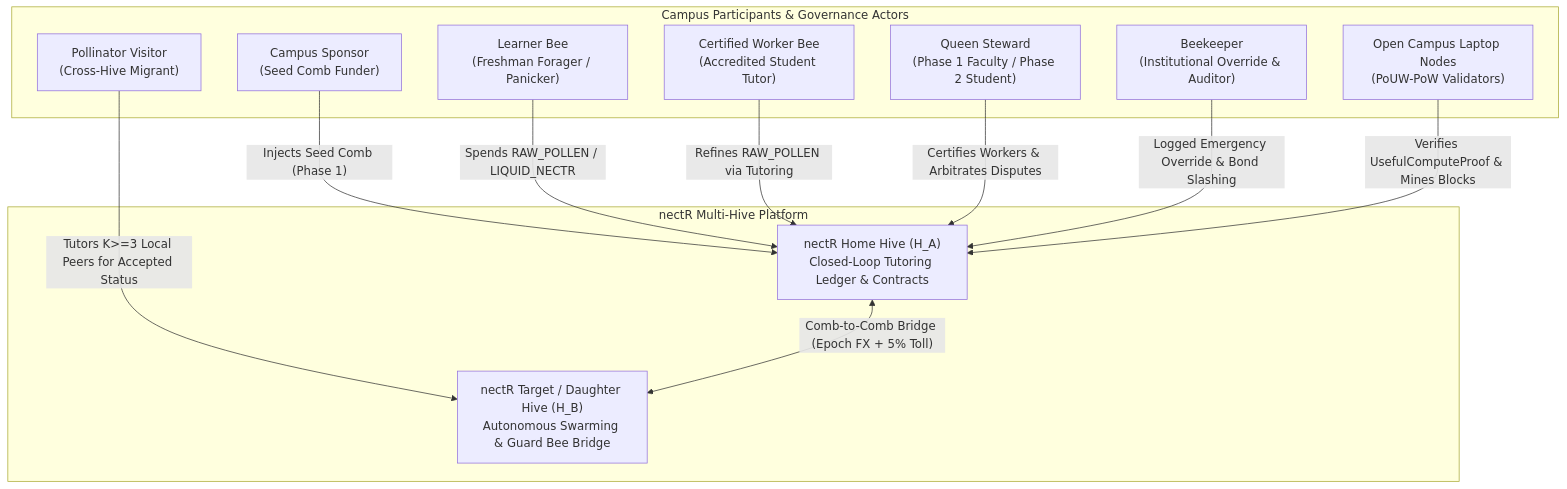
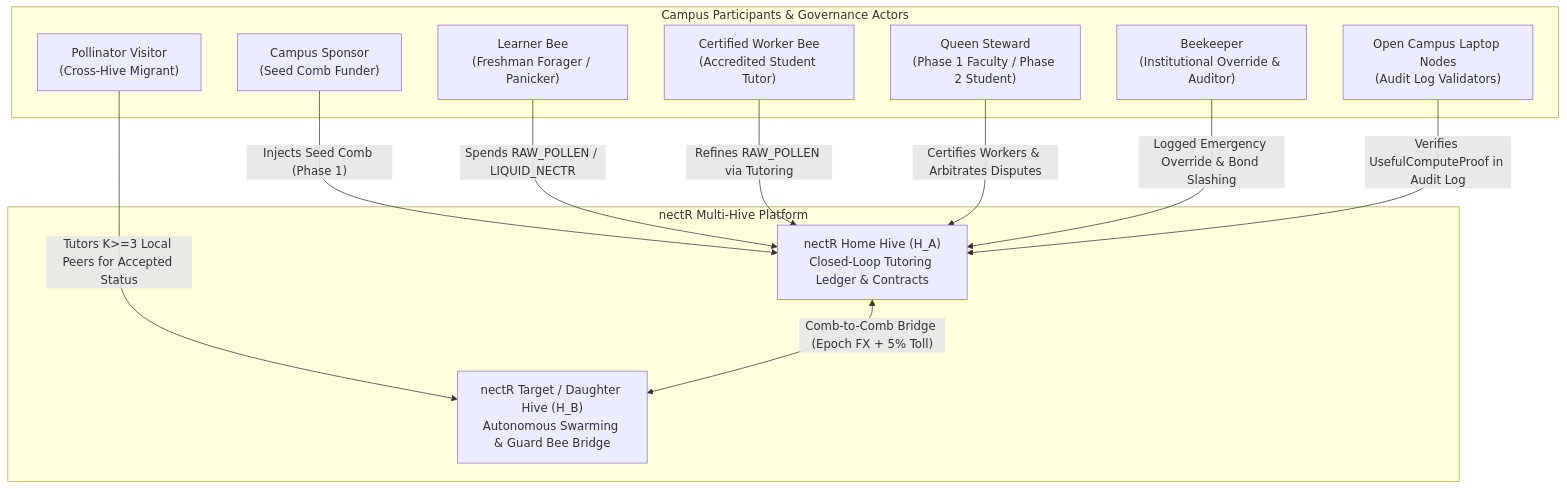
Before and after one commit to brandon-fox/nectR: the first of 5 diagrams in docs/architecture/system_design.md, drawn with Mermaid. The commit also changed other lines of this file and 14 other files, not shown here.

First line of the commit message:
docs(adr): record the chain as a signed audit log (#44)

````diff
--- a/docs/architecture/system_design.md
+++ b/docs/architecture/system_design.md
@@ -18,26 +18,26 @@
 ```mermaid
 flowchart TB
     subgraph Actors["Campus Participants & Governance Actors"]
         Learner["Learner Bee<br/>(Freshman Forager / Panicker)"]
         Worker["Certified Worker Bee<br/>(Accredited Student Tutor)"]
         Pollinator["Pollinator Visitor<br/>(Cross-Hive Migrant)"]
         Queen["Queen Steward<br/>(Phase 1 Faculty / Phase 2 Student)"]
         Beekeeper["Beekeeper<br/>(Institutional Override & Auditor)"]
         Sponsor["Campus Sponsor<br/>(Seed Comb Funder)"]
-        Miners["Open Campus Laptop Nodes<br/>(PoUW-PoW Validators)"]
+        Miners["Open Campus Laptop Nodes<br/>(Audit Log Validators)"]
     end
 
     subgraph Platform["nectR Multi-Hive Platform"]
         HiveA["nectR Home Hive (H_A)<br/>Closed-Loop Tutoring Ledger & Contracts"]
         HiveB["nectR Target / Daughter Hive (H_B)<br/>Autonomous Swarming & Guard Bee Bridge"]
     end
 
     Sponsor -->|"Injects Seed Comb (Phase 1)"| HiveA
     Learner -->|"Spends RAW_POLLEN / LIQUID_NECTR"| HiveA
     Worker -->|"Refines RAW_POLLEN via Tutoring"| HiveA
     Queen -->|"Certifies Workers & Arbitrates Disputes"| HiveA
     Beekeeper -->|"Logged Emergency Override & Bond Slashing"| HiveA
-    Miners -->|"Verifies UsefulComputeProof & Mines Blocks"| HiveA
+    Miners -->|"Verifies UsefulComputeProof in Audit Log"| HiveA
     Pollinator -->|"Tutors K>=3 Local Peers for Accepted Status"| HiveB
     HiveA <-->|"Comb-to-Comb Bridge (Epoch FX + 5% Toll)"| HiveB
 ```
````
